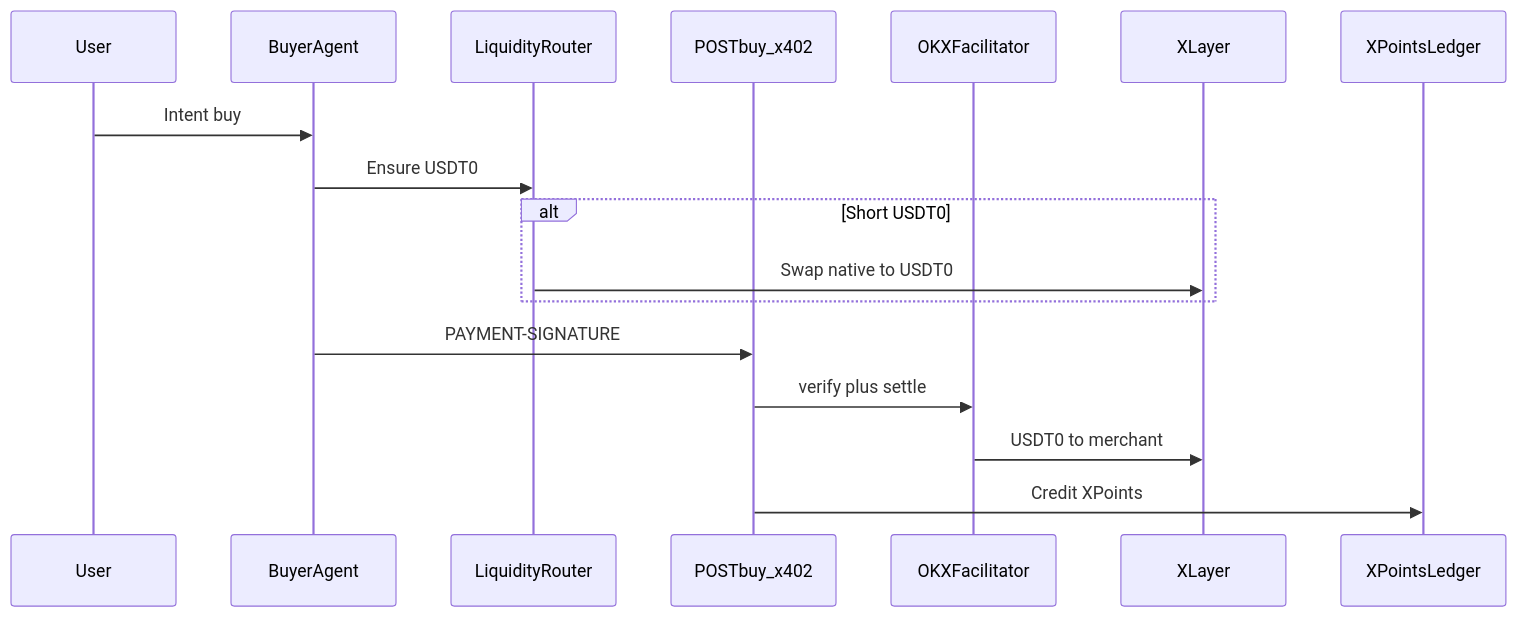
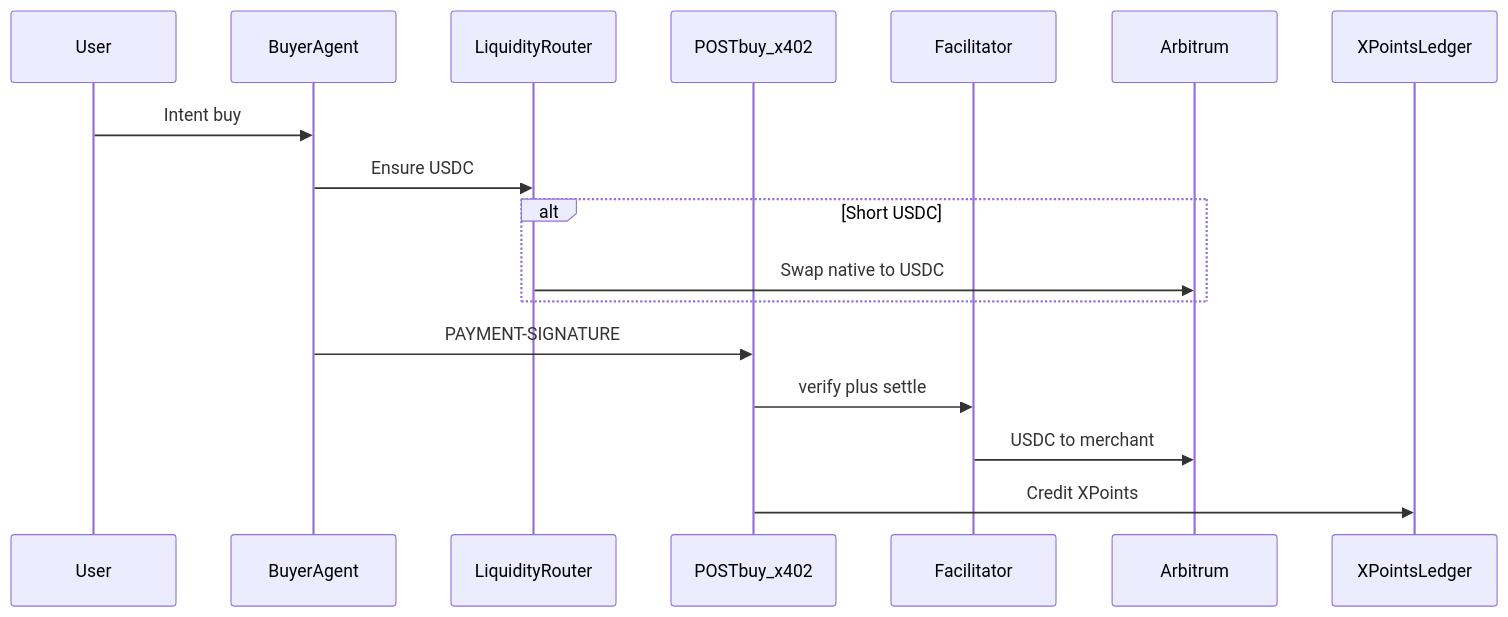
Before and after one commit to itzsihui/ArbitrumBuildathon: the diagram in AI.md, drawn with Mermaid. The commit also changed other lines of this file and 76 other files, not shown here.

````diff
--- a/AI.md
+++ b/AI.md
@@ -58,20 +57,20 @@
 ```mermaid
 sequenceDiagram
   participant User
   participant Agent as BuyerAgent
   participant Route as LiquidityRouter
   participant Buy as POSTbuy_x402
-  participant OKX as OKXFacilitator
-  participant XL as XLayer
+  participant Fac as Facilitator
+  participant Arb as Arbitrum
   participant Pts as XPointsLedger
 
   User->>Agent: Intent buy
-  Agent->>Route: Ensure USDT0
-  alt Short USDT0
-    Route->>XL: Swap native to USDT0
+  Agent->>Route: Ensure USDC
+  alt Short USDC
+    Route->>Arb: Swap native to USDC
   end
   Agent->>Buy: PAYMENT-SIGNATURE
-  Buy->>OKX: verify plus settle
-  OKX->>XL: USDT0 to merchant
+  Buy->>Fac: verify plus settle
+  Fac->>Arb: USDC to merchant
   Buy->>Pts: Credit XPoints
 ```
````
